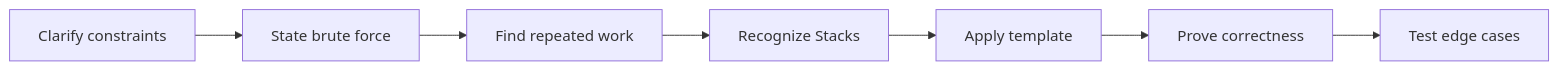
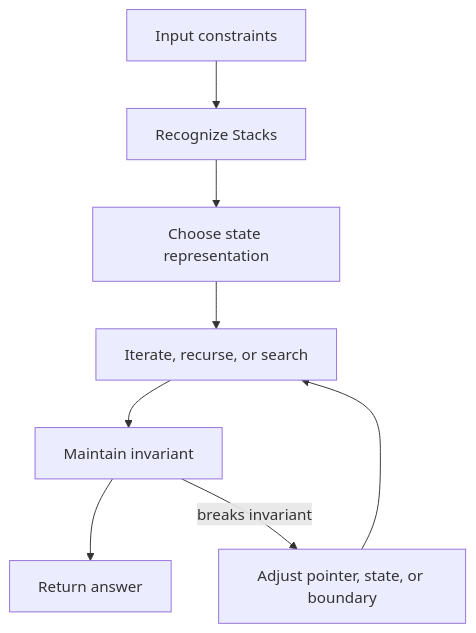
Before and after one commit to abstractinterviews/abstractinterviews.github.io: the second of 2 diagrams in coding-round/data-structures/stacks/index.md, drawn with Mermaid. The commit also changed other lines of this file and 278 other files, not shown here.

````diff
--- a/coding-round/data-structures/stacks/index.md
+++ b/coding-round/data-structures/stacks/index.md
@@ -123,9 +121,10 @@
-~~~mermaid
-flowchart LR
-    A["Clarify constraints"] --> B["State brute force"]
-    B --> C["Find repeated work"]
-    C --> D["Recognize Stacks"]
-    D --> E["Apply template"]
-    E --> F["Prove correctness"]
-    F --> G["Test edge cases"]
-~~~
+```mermaid
+flowchart TD
+    Input["Input constraints"] --> Pattern["Recognize Stacks"]
+    Pattern --> State["Choose state representation"]
+    State --> Iterate["Iterate, recurse, or search"]
+    Iterate --> Check["Maintain invariant"]
+    Check --> Result["Return answer"]
+    Check -->|breaks invariant| Fix["Adjust pointer, state, or boundary"]
+    Fix --> Iterate
+```
````
